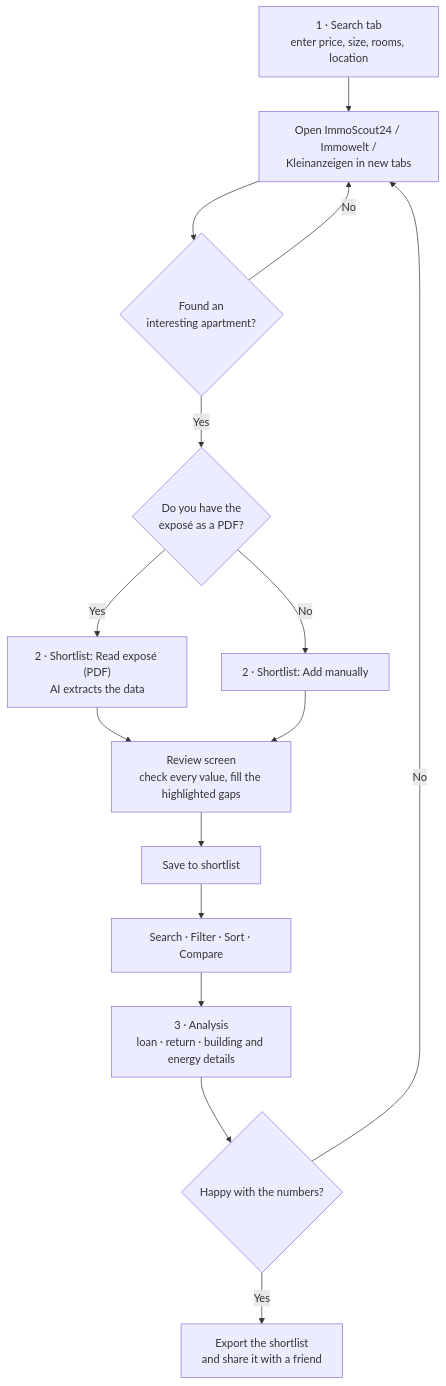
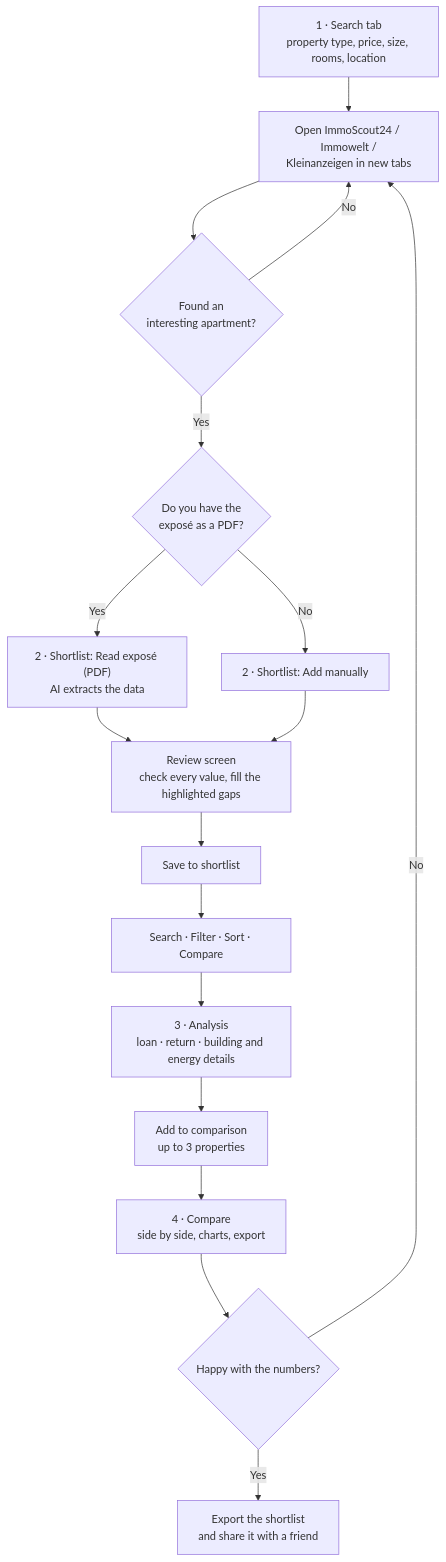
The first of 2 diagrams in README.md (Jason-hsieh-1/apartment-compass), drawn with Mermaid before and after one commit. The commit also changed other lines of this file and 5 other files, not shown here.

First line of the commit message:
Add Compare tab, house support and linked equity fields

````diff
--- a/README.md
+++ b/README.md
@@ -23,17 +24,19 @@
 ```mermaid
 flowchart TD
-    A["1 · Search tab<br/>enter price, size, rooms, location"] --> B["Open ImmoScout24 / Immowelt /<br/>Kleinanzeigen in new tabs"]
+    A["1 · Search tab<br/>property type, price, size, rooms, location"] --> B["Open ImmoScout24 / Immowelt /<br/>Kleinanzeigen in new tabs"]
     B --> C{"Found an<br/>interesting apartment?"}
     C -- "No" --> B
     C -- "Yes" --> D{"Do you have the<br/>exposé as a PDF?"}
     D -- "Yes" --> E["2 · Shortlist: Read exposé (PDF)<br/>AI extracts the data"]
     D -- "No" --> F["2 · Shortlist: Add manually"]
     E --> G["Review screen<br/>check every value, fill the highlighted gaps"]
     F --> G
     G --> H["Save to shortlist"]
     H --> I["Search · Filter · Sort · Compare"]
     I --> J["3 · Analysis<br/>loan · return · building and energy details"]
-    J --> K{"Happy with the numbers?"}
+    J --> M["Add to comparison<br/>up to 3 properties"]
+    M --> N["4 · Compare<br/>side by side, charts, export"]
+    N --> K{"Happy with the numbers?"}
     K -- "No" --> B
     K -- "Yes" --> L["Export the shortlist<br/>and share it with a friend"]
 ```
````
